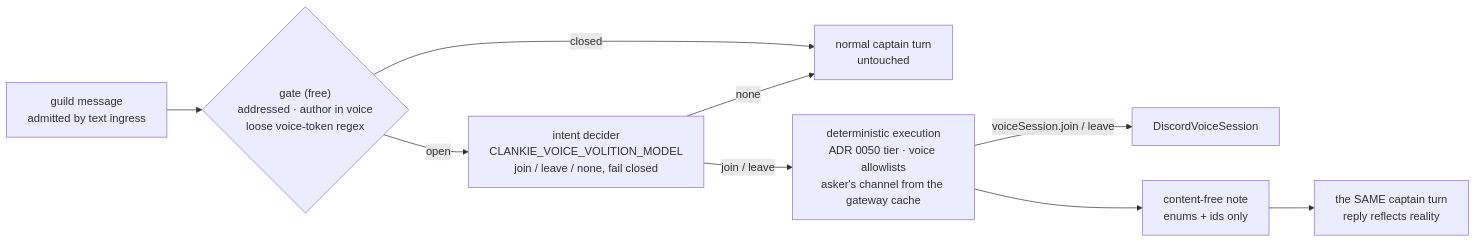
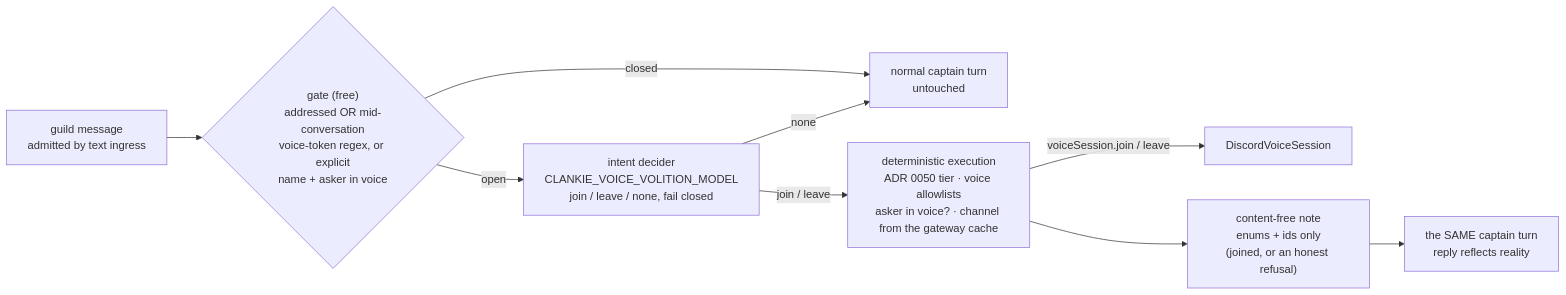
One commit to Volpestyle/clankie changed the diagram in docs/adr/0062-voice-join-by-asking.md. Above: the diagram before and after it, drawn with Mermaid. The commit also changed other lines of this file and 149 other files, not shown here.

````diff
--- a/docs/adr/0062-voice-join-by-asking.md
+++ b/docs/adr/0062-voice-join-by-asking.md
@@ -34,11 +34,11 @@
 ```mermaid
 flowchart LR
-  M["guild message<br/>admitted by text ingress"] --> G{"gate (free)<br/>addressed · author in voice<br/>loose voice-token regex"}
+  M["guild message<br/>admitted by text ingress"] --> G{"gate (free)<br/>addressed OR mid-conversation<br/>voice-token regex, or explicit<br/>name + asker in voice"}
   G -->|closed| T["normal captain turn<br/>untouched"]
   G -->|open| D["intent decider<br/>CLANKIE_VOICE_VOLITION_MODEL<br/>join / leave / none, fail closed"]
   D -->|none| T
-  D -->|join / leave| A["deterministic execution<br/>ADR 0050 tier · voice allowlists<br/>asker's channel from the gateway cache"]
+  D -->|join / leave| A["deterministic execution<br/>ADR 0050 tier · voice allowlists<br/>asker in voice? · channel from the gateway cache"]
   A -->|"voiceSession.join / leave"| V["DiscordVoiceSession"]
-  A --> N["content-free note<br/>enums + ids only"]
+  A --> N["content-free note<br/>enums + ids only<br/>(joined, or an honest refusal)"]
   N --> T2["the SAME captain turn<br/>reply reflects reality"]
 ```
````
